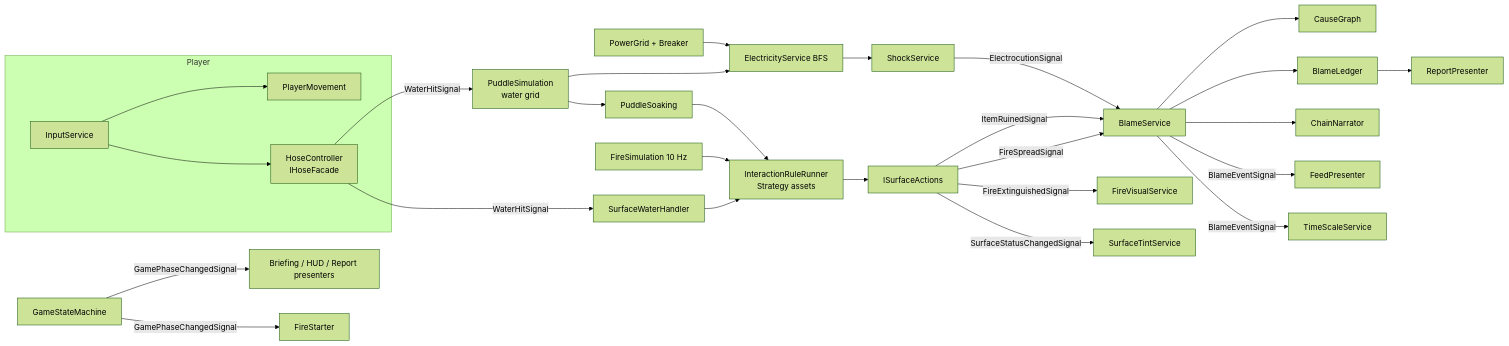
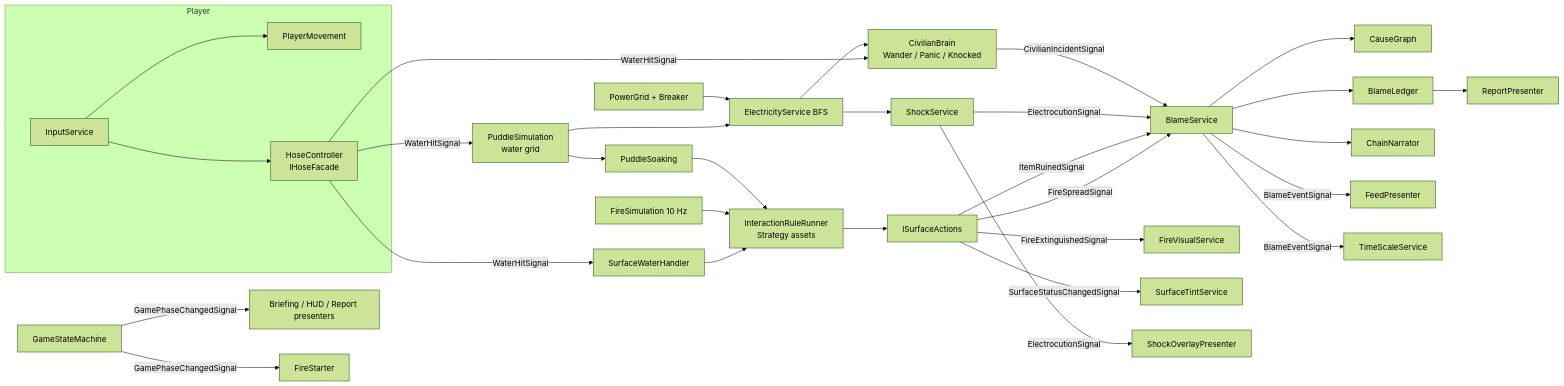
One commit to RostyslavBB/FlameAndBlame changed the first of 2 diagrams in Docs/ARCHITECTURE.md. Above: the diagram before and after it, drawn with Mermaid (forest theme). The commit also changed other lines of this file and 107 other files, not shown here.

````diff
--- a/Docs/ARCHITECTURE.md
+++ b/Docs/ARCHITECTURE.md
@@ -25,29 +25,33 @@
 ```mermaid
 flowchart LR
   subgraph Player
     Input[InputService] --> Move[PlayerMovement]
     Input --> Hose[HoseController<br/>IHoseFacade]
   end
   Hose -- WaterHitSignal --> SurfWater[SurfaceWaterHandler]
   Hose -- WaterHitSignal --> Puddles[PuddleSimulation<br/>water grid]
   SurfWater --> Rules[InteractionRuleRunner<br/>Strategy assets]
   FireSim[FireSimulation 10 Hz] --> Rules
   Rules --> Actions[ISurfaceActions]
   Actions -- FireSpreadSignal --> Blame
   Actions -- ItemRuinedSignal --> Blame
   Actions -- FireExtinguishedSignal --> FireVfx[FireVisualService]
   Actions -- SurfaceStatusChangedSignal --> Tint[SurfaceTintService]
   Puddles --> Elec[ElectricityService BFS]
   Puddles --> Soak[PuddleSoaking] --> Rules
   Grid[PowerGrid + Breaker] --> Elec
   Elec --> Shock[ShockService]
   Shock -- ElectrocutionSignal --> Blame[BlameService]
   Blame --> Graph[CauseGraph]
   Blame --> Ledger[BlameLedger]
   Blame --> Narrator[ChainNarrator]
   Blame -- BlameEventSignal --> Feed[FeedPresenter]
   Blame -- BlameEventSignal --> TimeFx[TimeScaleService]
   Flow[GameStateMachine] -- GamePhaseChangedSignal --> UI[Briefing / HUD / Report presenters]
   Flow -- GamePhaseChangedSignal --> Starter[FireStarter]
+  Hose -- WaterHitSignal --> Npc[CivilianBrain<br/>Wander / Panic / Knocked]
+  Elec --> Npc
+  Npc -- CivilianIncidentSignal --> Blame
+  Shock -- ElectrocutionSignal --> ShockUi[ShockOverlayPresenter]
   Ledger --> Report[ReportPresenter]
 ```
````
